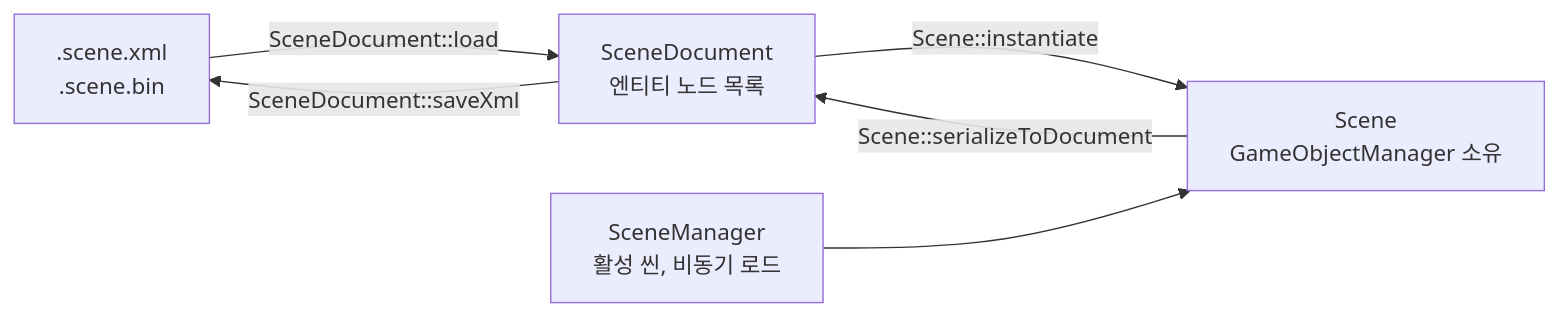
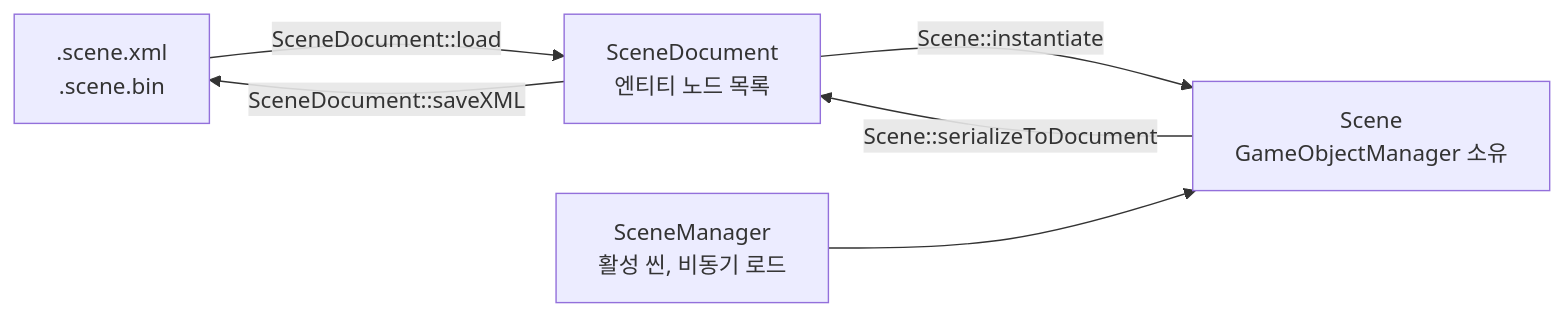
Before and after one commit to sswgame/LearningTemplate: the diagram in Source/Engine/Scene/README.md, drawn with Mermaid. The commit also changed other lines of this file and 458 other files, not shown here.

````diff
--- a/Source/Engine/Scene/README.md
+++ b/Source/Engine/Scene/README.md
@@ -17,8 +17,8 @@
 ```mermaid
 flowchart LR
   File[".scene.xml<br/>.scene.bin"] -- "SceneDocument::load" --> Doc["SceneDocument<br/>엔티티 노드 목록"]
   Doc -- "Scene::instantiate" --> Scene["Scene<br/>GameObjectManager 소유"]
   Scene -- "Scene::serializeToDocument" --> Doc
-  Doc -- "SceneDocument::saveXml" --> File
+  Doc -- "SceneDocument::saveXML" --> File
   Manager["SceneManager<br/>활성 씬, 비동기 로드"] --> Scene
 ```
````
